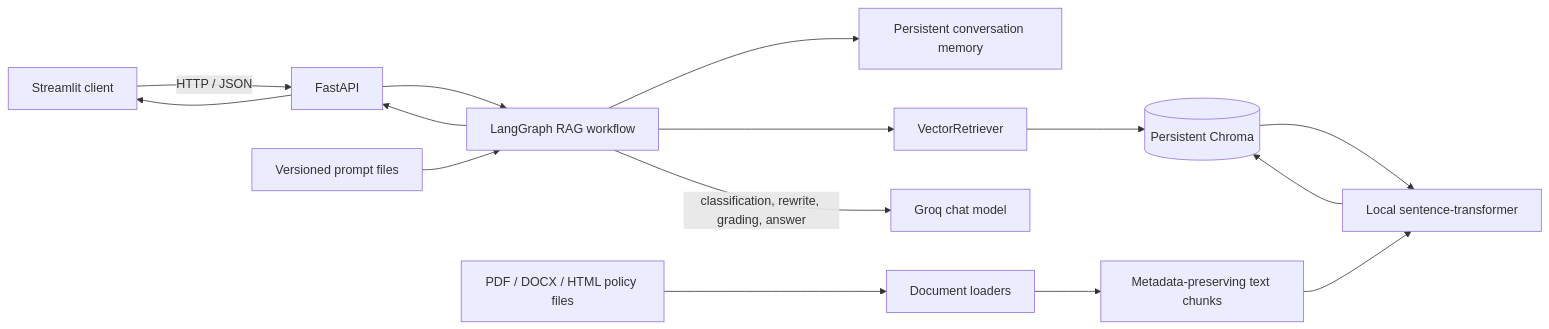
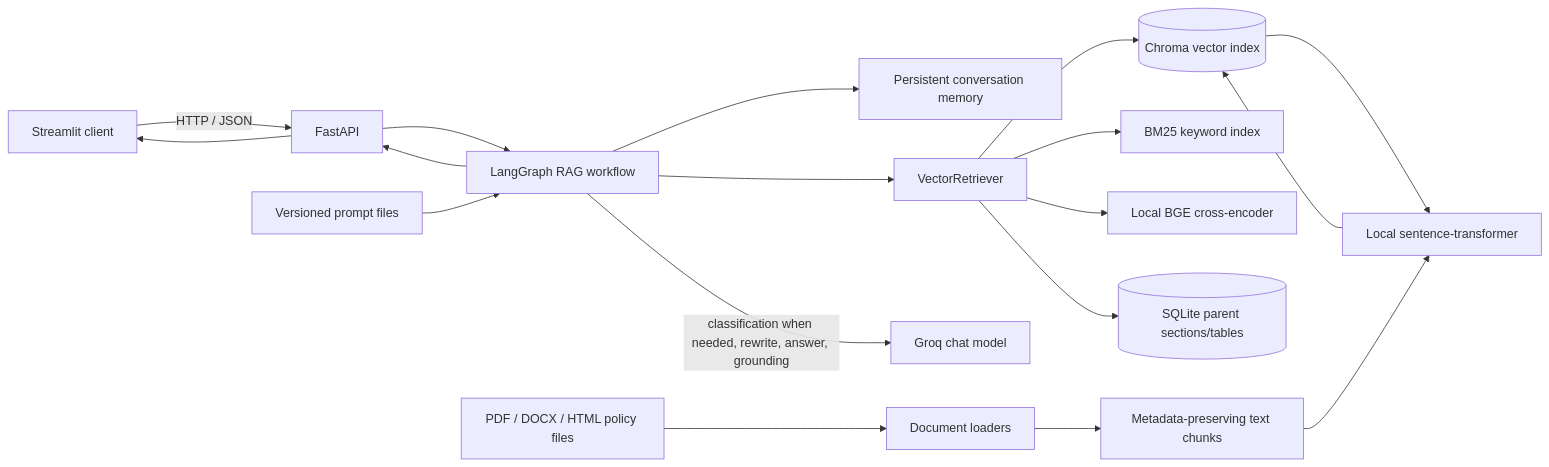
Before and after one commit to mmm1949/policy_chatbot: the first of 2 diagrams in BACKEND_ARCHITECTURE.md, drawn with Mermaid. The commit also changed other lines of this file and 17 other files, not shown here.

````diff
--- a/BACKEND_ARCHITECTURE.md
+++ b/BACKEND_ARCHITECTURE.md
@@ -10,18 +10,21 @@
 ```mermaid
 flowchart LR
     UI[Streamlit client] -->|HTTP / JSON| API[FastAPI]
     API --> GRAPH[LangGraph RAG workflow]
     GRAPH --> MEM[Persistent conversation memory]
     PROMPTS[Versioned prompt files] --> GRAPH
     GRAPH --> RET[VectorRetriever]
-    RET --> CHROMA[(Persistent Chroma)]
+    RET --> CHROMA[(Chroma vector index)]
+    RET --> BM25[BM25 keyword index]
+    RET --> RERANK[Local BGE cross-encoder]
     CHROMA --> EMB[Local sentence-transformer]
-    GRAPH -->|classification, rewrite, grading, answer| GROQ[Groq chat model]
+    RET --> PARENTS[(SQLite parent sections/tables)]
+    GRAPH -->|classification when needed, rewrite, answer, grounding| GROQ[Groq chat model]
     GRAPH --> API
     API --> UI
 
     FILES[PDF / DOCX / HTML policy files] --> LOAD[Document loaders]
     LOAD --> CHUNK[Metadata-preserving text chunks]
     CHUNK --> EMB
     EMB --> CHROMA
 ```
````
